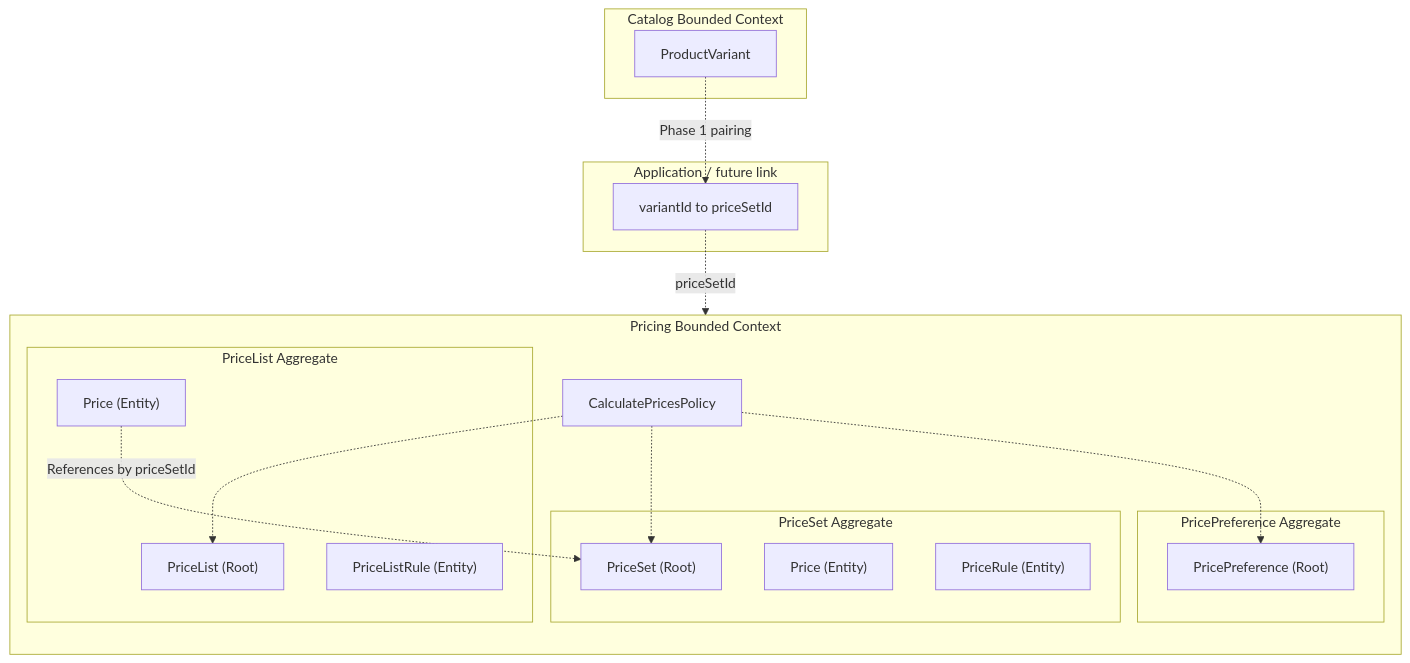
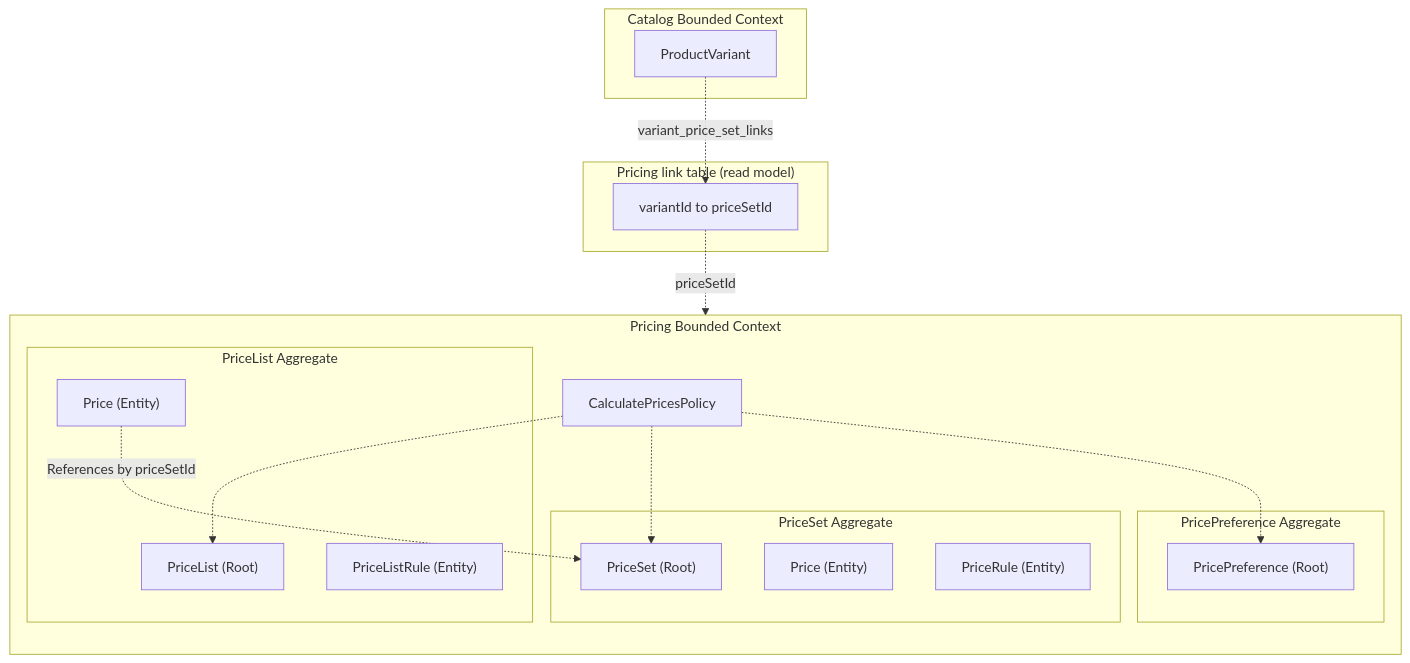
Before and after one commit to khinemyaezin/grab: the first of 7 diagrams in docs/pricing/architecture/ADR_001-Pricing_module_architecture.md, drawn with Mermaid. The commit also changed other lines of this file and 66 other files, not shown here.

Commit message:
feat: implement variant price set link functionality with CRUD operations and API integration

````diff
--- a/docs/pricing/architecture/ADR_001-Pricing_module_architecture.md
+++ b/docs/pricing/architecture/ADR_001-Pricing_module_architecture.md
@@ -106,35 +105,35 @@
 ```mermaid
 flowchart TD
     subgraph PricingContext ["Pricing Bounded Context"]
         direction TB
         subgraph PriceSetAgg ["PriceSet Aggregate"]
             PriceSet["PriceSet (Root)"]
             Price["Price (Entity)"]
             PriceRule["PriceRule (Entity)"]
         end
         subgraph PriceListAgg ["PriceList Aggregate"]
             PriceList["PriceList (Root)"]
             PriceListRule["PriceListRule (Entity)"]
             CampaignPrice["Price (Entity)"]
         end
         subgraph PrefAgg ["PricePreference Aggregate"]
             Preference["PricePreference (Root)"]
         end
         Policy["CalculatePricesPolicy"]
         CampaignPrice -.->|"References by priceSetId"| PriceSet
         Policy -.-> PriceSet
         Policy -.-> PriceList
         Policy -.-> Preference
     end
 
     subgraph CatalogContext ["Catalog Bounded Context"]
         Variant["ProductVariant"]
     end
 
-    subgraph AppPairing ["Application / future link"]
+    subgraph AppPairing ["Pricing link table (read model)"]
         Link["variantId to priceSetId"]
     end
 
-    Variant -.->|"Phase 1 pairing"| Link
+    Variant -.->|"variant_price_set_links"| Link
     Link -.->|"priceSetId"| PriceSet
 ```
````
